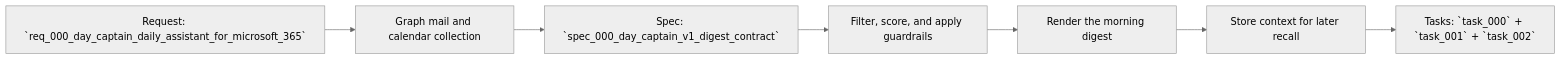
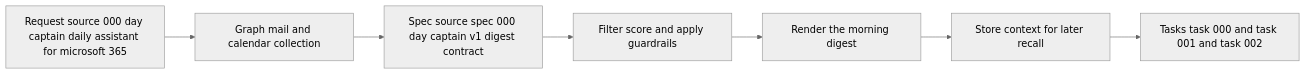
Before and after one commit to AlexAgo83/day-captain: the diagram in logics/backlog/item_000_day_captain_daily_assistant_for_microsoft_365.md, drawn with Mermaid (neutral theme). The commit also changed 40 other files, not shown here.

Commit message:
Normalize Logics Mermaid diagrams

````diff
--- a/logics/backlog/item_000_day_captain_daily_assistant_for_microsoft_365.md
+++ b/logics/backlog/item_000_day_captain_daily_assistant_for_microsoft_365.md
@@ -33,9 +33,9 @@
 ```mermaid
 flowchart LR
-    Req[Request: `req_000_day_captain_daily_assistant_for_microsoft_365`] --> Collect[Graph mail and calendar collection]
-    Collect --> Spec[Spec: `spec_000_day_captain_v1_digest_contract`]
-    Spec --> Prioritize[Filter, score, and apply guardrails]
+    Req[Request source 000 day captain daily assistant for microsoft 365] --> Collect[Graph mail and calendar collection]
+    Collect --> Spec[Spec source spec 000 day captain v1 digest contract]
+    Spec --> Prioritize[Filter score and apply guardrails]
     Prioritize --> Digest[Render the morning digest]
     Digest --> Recall[Store context for later recall]
-    Recall --> Tasks[Tasks: `task_000` + `task_001` + `task_002`]
+    Recall --> Tasks[Tasks task 000 and task 001 and task 002]
 ```
````
